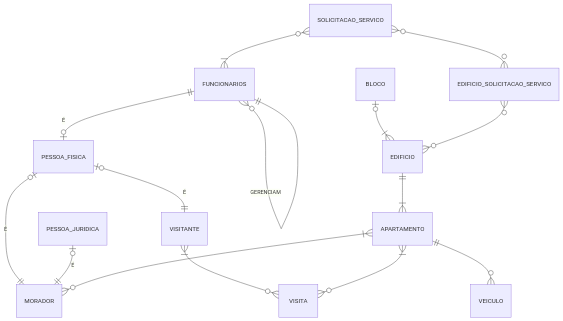
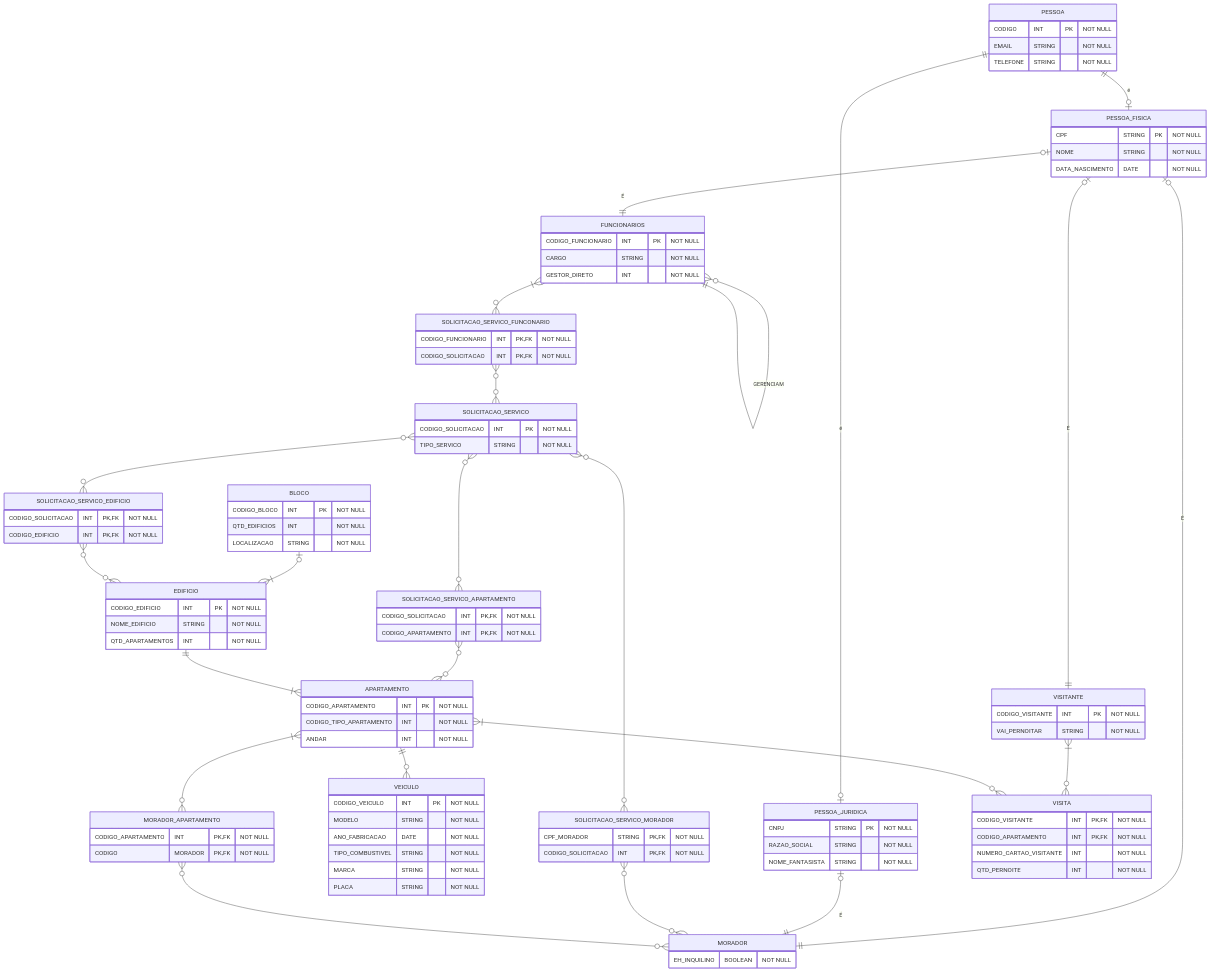
Before and after one commit to JoseLuizMendes/UniversityDevelop: the diagram in DataBase/mermaid/condominio.mmd, drawn with Mermaid. The commit also changed other lines of this file, not shown here.

```diff
--- a/DataBase/mermaid/condominio.mmd
+++ b/DataBase/mermaid/condominio.mmd
@@ -1,37 +1,118 @@
 erDiagram
 
+PESSOA {
+    CODIGO INT PK "NOT NULL"
+    EMAIL STRING "NOT NULL"
+    TELEFONE STRING "NOT NULL"
+}
+
 FUNCIONARIOS{
-    
+    CODIGO_FUNCIONARIO INT PK "NOT NULL"
+    CARGO STRING "NOT NULL"
+    GESTOR_DIRETO INT "NOT NULL"    
 }
 
 PESSOA_FISICA{
-
+    CPF STRING PK "NOT NULL"
+    NOME STRING "NOT NULL"
+    DATA_NASCIMENTO DATE "NOT NULL"
 }
 
 PESSOA_JURIDICA{
-
+    CNPJ STRING PK "NOT NULL"
+    RAZAO_SOCIAL STRING "NOT NULL"
+    NOME_FANTASISTA STRING "NOT NULL"
 }
 
-VISITANTE{}
-VISITA{}
-MORADOR{}
-BLOCO{}
-EDIFICIO{}
-APARTAMENTO{}
-VEICULO{}
-SOLICITACAO_SERVICO{}
+VISITANTE{
+    CODIGO_VISITANTE INT PK "NOT NULL"
+    VAI_PERNOITAR STRING  "NOT NULL"
+}
+MORADOR{
+    EH_INQUILINO BOOLEAN "NOT NULL"
+}
+BLOCO{
+    CODIGO_BLOCO INT PK "NOT NULL"
+    QTD_EDIFICIOS INT "NOT NULL"
+    LOCALIZACAO STRING "NOT NULL"
+}
+EDIFICIO{
+    CODIGO_EDIFICIO INT PK "NOT NULL"
+    NOME_EDIFICIO STRING "NOT NULL"
+    QTD_APARTAMENTOS INT "NOT NULL"
+}
+APARTAMENTO{
+    CODIGO_APARTAMENTO INT PK "NOT NULL"
+    CODIGO_TIPO_APARTAMENTO INT "NOT NULL"
+    ANDAR INT "NOT NULL"
+}
+VEICULO{
+    CODIGO_VEICULO INT PK "NOT NULL"
+    MODELO STRING "NOT NULL"
+    ANO_FABRICACAO DATE "NOT NULL"
+    TIPO_COMBUSTIVEL STRING "NOT NULL"
+    MARCA STRING "NOT NULL"
+    PLACA STRING "NOT NULL"
+}
+SOLICITACAO_SERVICO{
+    CODIGO_SOLICITACAO INT PK "NOT NULL"
+    TIPO_SERVICO STRING "NOT NULL"
+}
 
+SOLICITACAO_SERVICO_EDIFICIO{
+    CODIGO_SOLICITACAO INT PK,FK "NOT NULL"
+    CODIGO_EDIFICIO INT PK,FK "NOT NULL"
+}
+
+SOLICITACAO_SERVICO_APARTAMENTO{
+    CODIGO_SOLICITACAO INT PK,FK "NOT NULL"
+    CODIGO_APARTAMENTO INT PK,FK "NOT NULL"
+}
+
+SOLICITACAO_SERVICO_FUNCONARIO{
+    CODIGO_FUNCIONARIO INT PK,FK "NOT NULL"
+    CODIGO_SOLICITACAO INT PK,FK "NOT NULL"
+}
+
+SOLICITACAO_SERVICO_MORADOR{
+    CPF_MORADOR STRING PK,FK "NOT NULL"
+    CODIGO_SOLICITACAO INT PK,FK "NOT NULL"
+}
+
+MORADOR_APARTAMENTO{
+    CODIGO_APARTAMENTO INT PK,FK "NOT NULL"
+    CODIGO MORADOR PK,FK "NOT NULL" 
+}
+
+VISITA{
+    CODIGO_VISITANTE INT PK,FK "NOT NULL"
+    CODIGO_APARTAMENTO INT  PK,FK "NOT NULL"
+    NUMERO_CARTAO_VISITANTE INT "NOT NULL"
+    QTD_PERNOITE INT "NOT NULL"
+}
+
+
+
+
+PESSOA ||--O| PESSOA_FISICA : "é"
+PESSOA ||--O| PESSOA_JURIDICA : "é"
 FUNCIONARIOS }O--|| FUNCIONARIOS:"GERENCIAM"
-FUNCIONARIOS ||--O| PESSOA_FISICA:"É"
+FUNCIONARIOS }|--O{ SOLICITACAO_SERVICO_FUNCONARIO:""
+SOLICITACAO_SERVICO_FUNCONARIO }O--O{ SOLICITACAO_SERVICO:""
 VISITANTE }|--O{ VISITA:""
 PESSOA_FISICA o|--|| MORADOR:"É"
+PESSOA_FISICA O|--|| FUNCIONARIOS:"É"
 PESSOA_JURIDICA o|--|| MORADOR:"É"
+SOLICITACAO_SERVICO }O--O{ SOLICITACAO_SERVICO_MORADOR:""
+SOLICITACAO_SERVICO_MORADOR }O--O{ MORADOR:""
 BLOCO O|--|{ EDIFICIO:""
 PESSOA_FISICA o|--|| VISITANTE:"É"
-SOLICITACAO_SERVICO }O--|{ FUNCIONARIOS:""
-EDIFICIO_SOLICITACAO_SERVICO }O--O{ EDIFICIO:""
-SOLICITACAO_SERVICO }O--O{ EDIFICIO_SOLICITACAO_SERVICO:""
-APARTAMENTO }|--O{ MORADOR:""
+SOLICITACAO_SERVICO_EDIFICIO }O--O{ EDIFICIO:""
+SOLICITACAO_SERVICO }O--O{ SOLICITACAO_SERVICO_EDIFICIO:""
+APARTAMENTO }|--O{ MORADOR_APARTAMENTO:""
+MORADOR_APARTAMENTO }O--O{MORADOR:""
+SOLICITACAO_SERVICO }O--O{ SOLICITACAO_SERVICO_APARTAMENTO:""
+SOLICITACAO_SERVICO_APARTAMENTO }O--O{ APARTAMENTO:""
 EDIFICIO ||--|{ APARTAMENTO:""
 APARTAMENTO ||--O{ VEICULO:""
 APARTAMENTO }|--O{ VISITA:""
```
